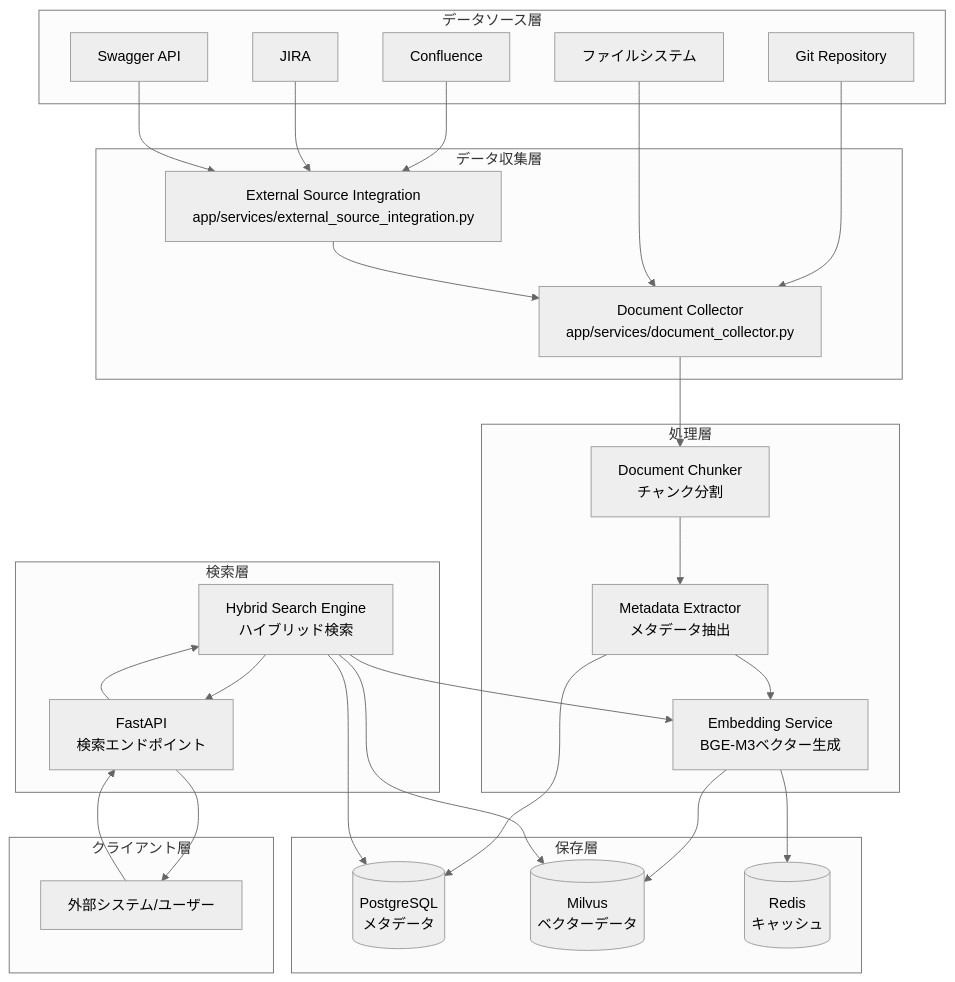
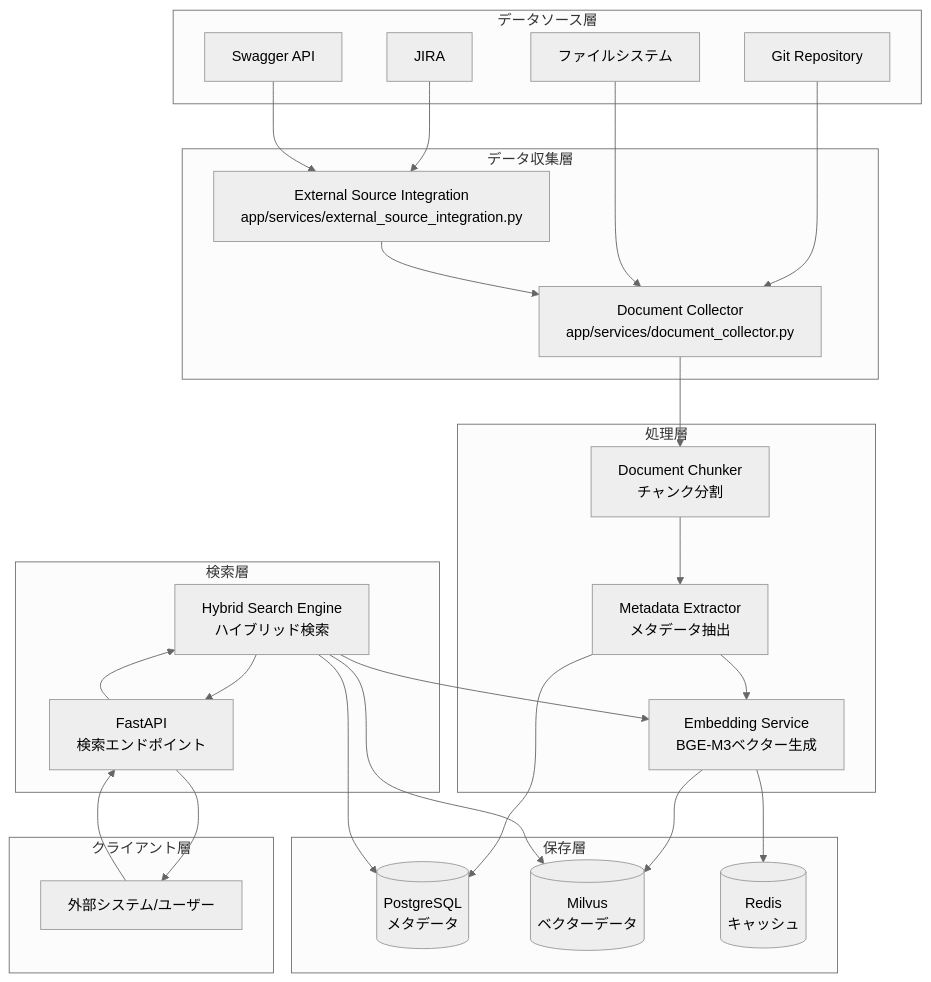
The first of 6 diagrams in docs/learning/Step01_DataFlow.md (jangom2ok/spec_rag), drawn with Mermaid (neutral theme) before and after one commit. The commit also changed other lines of this file and 7 other files, not shown here.

````diff
--- a/docs/learning/Step01_DataFlow.md
+++ b/docs/learning/Step01_DataFlow.md
@@ -16,64 +17,62 @@
 ```mermaid
 graph TD
     subgraph "データソース層"
         GIT[Git Repository]
-        CONF[Confluence]
         JIRA[JIRA]
         SWAGGER[Swagger API]
         FILES[ファイルシステム]
     end
 
     subgraph "データ収集層"
         COLLECTOR[Document Collector<br/>app/services/document_collector.py]
         EXT_INT[External Source Integration<br/>app/services/external_source_integration.py]
     end
 
     subgraph "処理層"
         CHUNKER[Document Chunker<br/>チャンク分割]
         METADATA[Metadata Extractor<br/>メタデータ抽出]
         EMBED[Embedding Service<br/>BGE-M3ベクター生成]
     end
 
     subgraph "保存層"
         POSTGRES[(PostgreSQL<br/>メタデータ)]
         MILVUS[(Milvus<br/>ベクターデータ)]
         REDIS[(Redis<br/>キャッシュ)]
     end
 
     subgraph "検索層"
         SEARCH[Hybrid Search Engine<br/>ハイブリッド検索]
         API[FastAPI<br/>検索エンドポイント]
     end
 
     subgraph "クライアント層"
         USER[外部システム/ユーザー]
     end
 
     %% データ収集フロー
     GIT --> COLLECTOR
-    CONF --> EXT_INT
     JIRA --> EXT_INT
     SWAGGER --> EXT_INT
     FILES --> COLLECTOR
-    
+
     EXT_INT --> COLLECTOR
-    
+
     %% 処理フロー
     COLLECTOR --> CHUNKER
     CHUNKER --> METADATA
     METADATA --> EMBED
-    
+
     %% 保存フロー
     METADATA --> POSTGRES
     EMBED --> MILVUS
     EMBED --> REDIS
-    
+
     %% 検索フロー
     USER --> API
     API --> SEARCH
     SEARCH --> EMBED
     SEARCH --> MILVUS
     SEARCH --> POSTGRES
     SEARCH --> API
     API --> USER
 ```
````
